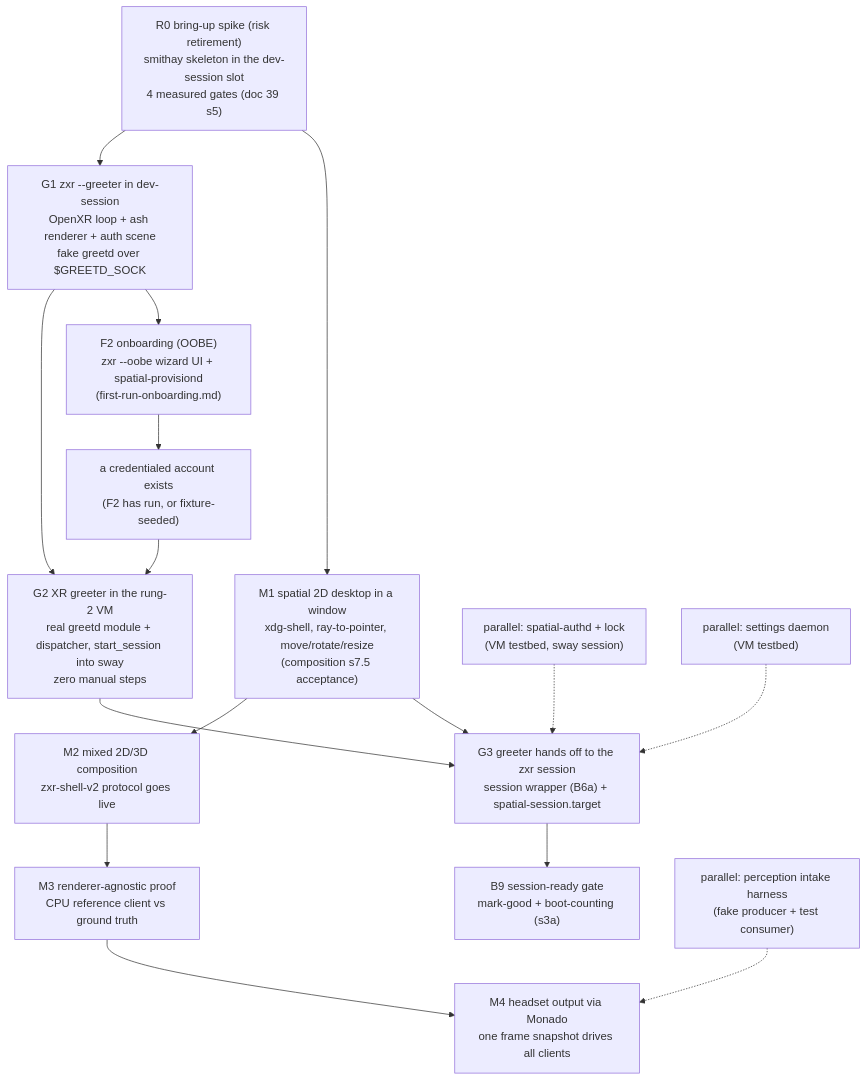
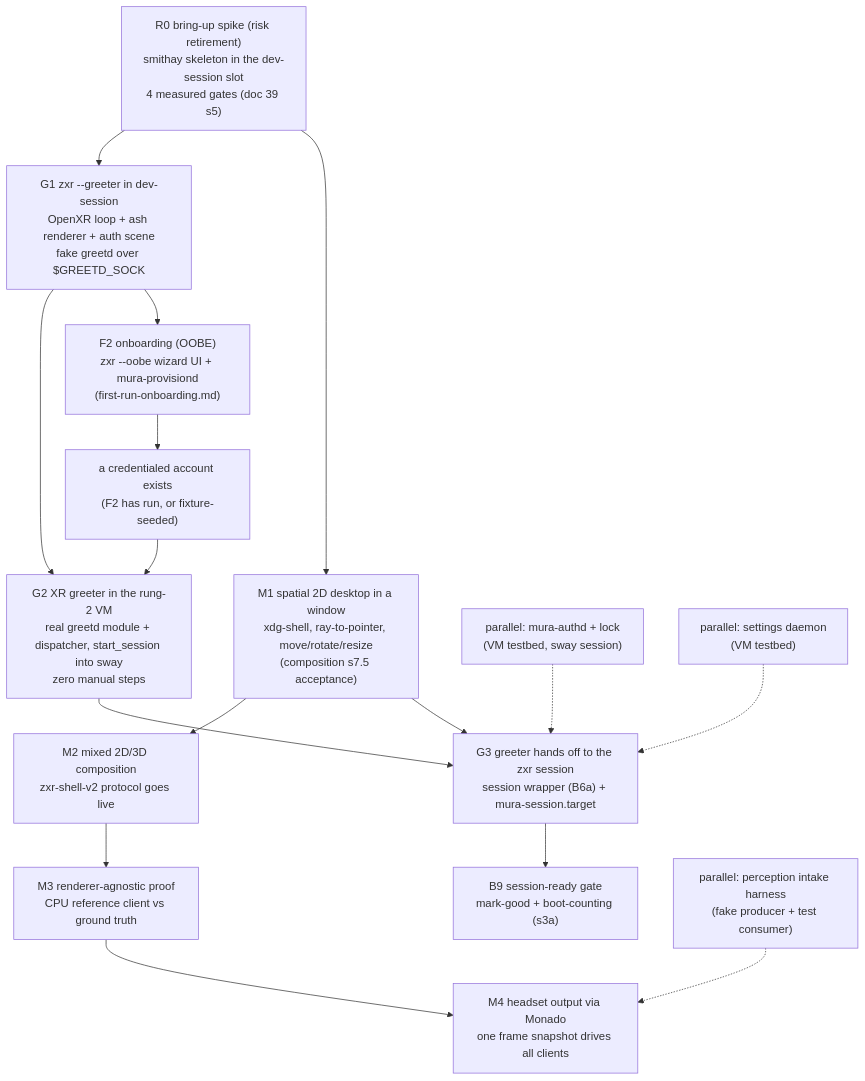
Before and after one commit to mura-os/mura: the diagram in docs/architecture/implementation-path.md, drawn with Mermaid. The commit also changed other lines of this file and 112 other files, not shown here.

Commit message:
rename spatial-os to Mura

````diff
--- a/docs/architecture/implementation-path.md
+++ b/docs/architecture/implementation-path.md
@@ -81,18 +81,18 @@
 ```mermaid
 flowchart TD
     R0["R0 bring-up spike (risk retirement)\nsmithay skeleton in the dev-session slot\n4 measured gates (doc 39 s5)"] --> G1["G1 zxr --greeter in dev-session\nOpenXR loop + ash renderer + auth scene\nfake greetd over $GREETD_SOCK"]
     R0 --> M1["M1 spatial 2D desktop in a window\nxdg-shell, ray-to-pointer, move/rotate/resize\n(composition s7.5 acceptance)"]
     G1 --> G2["G2 XR greeter in the rung-2 VM\nreal greetd module + dispatcher, start_session into sway\nzero manual steps"]
-    G1 --> F2["F2 onboarding (OOBE)\nzxr --oobe wizard UI + spatial-provisiond\n(first-run-onboarding.md)"]
+    G1 --> F2["F2 onboarding (OOBE)\nzxr --oobe wizard UI + mura-provisiond\n(first-run-onboarding.md)"]
     F2 --> ENR["a credentialed account exists\n(F2 has run, or fixture-seeded)"]
     ENR --> G2
     M1 --> M2["M2 mixed 2D/3D composition\nzxr-shell-v2 protocol goes live"]
-    G2 --> G3["G3 greeter hands off to the zxr session\nsession wrapper (B6a) + spatial-session.target"]
+    G2 --> G3["G3 greeter hands off to the zxr session\nsession wrapper (B6a) + mura-session.target"]
     M1 --> G3
     G3 --> B9["B9 session-ready gate\nmark-good + boot-counting (s3a)"]
     M2 --> M3["M3 renderer-agnostic proof\nCPU reference client vs ground truth"]
     M3 --> M4["M4 headset output via Monado\none frame snapshot drives all clients"]
-    AUTHD["parallel: spatial-authd + lock\n(VM testbed, sway session)"] -.-> G3
+    AUTHD["parallel: mura-authd + lock\n(VM testbed, sway session)"] -.-> G3
     SETTINGS["parallel: settings daemon\n(VM testbed)"] -.-> G3
     PERC["parallel: perception intake harness\n(fake producer + test consumer)"] -.-> M4
 ```
````
